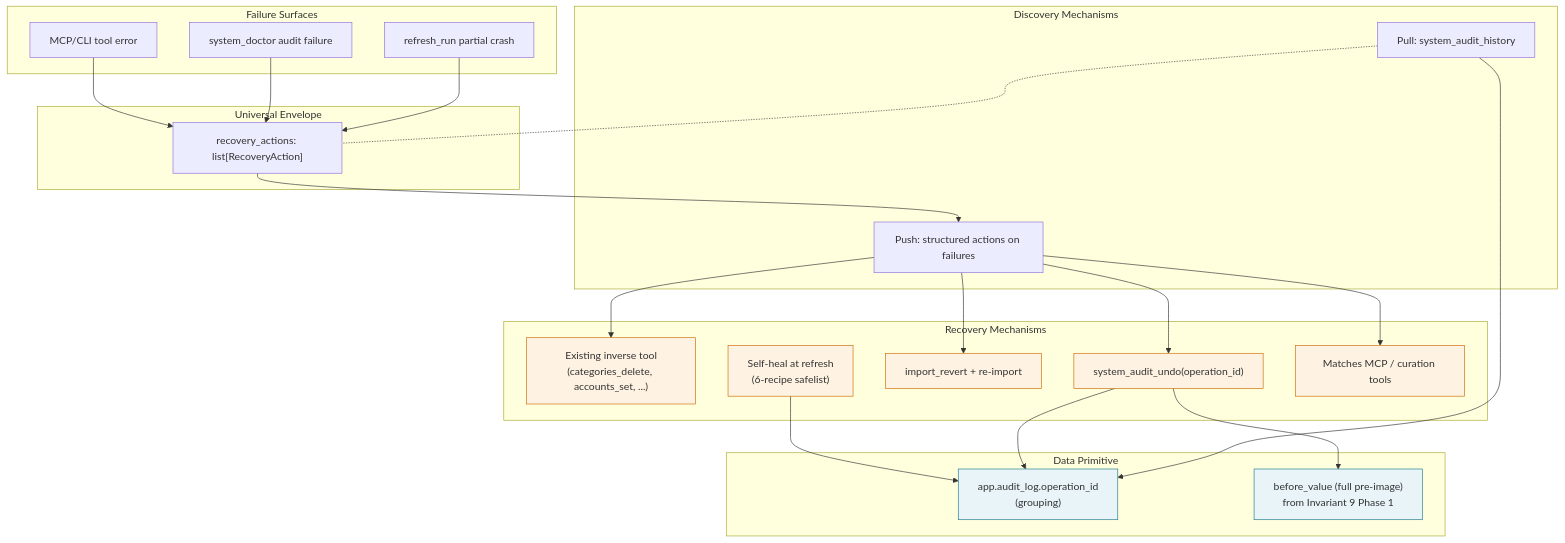
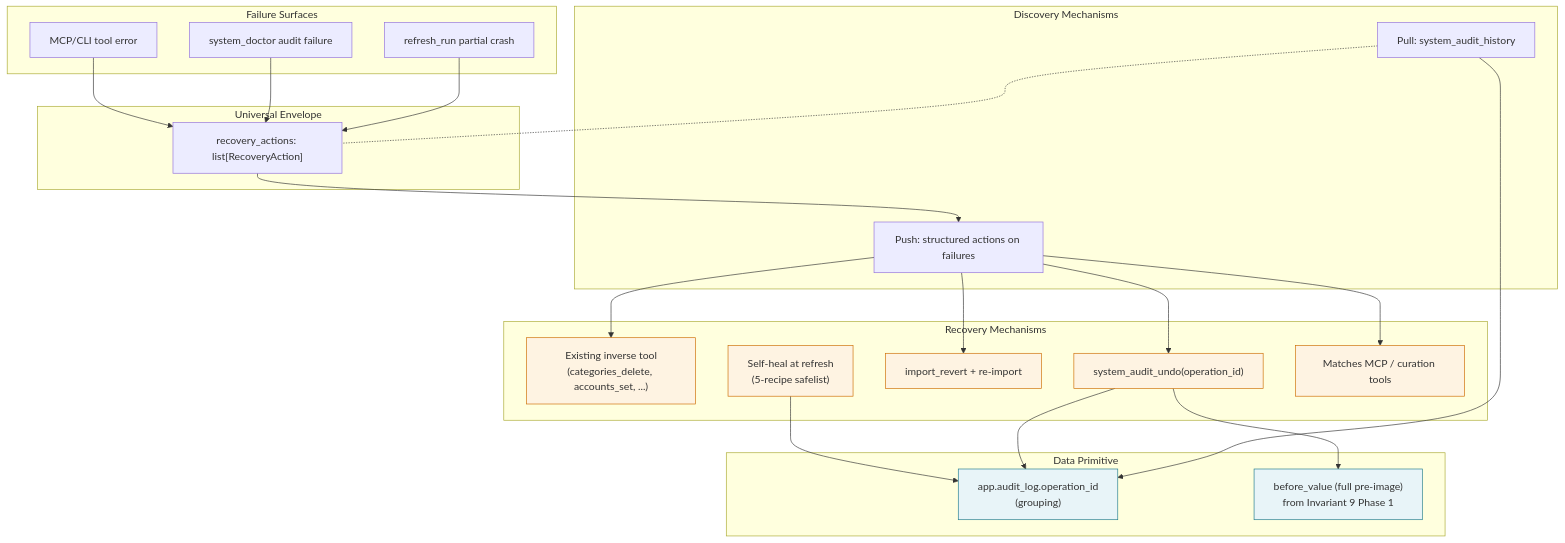
Before and after one commit to bsaffel/moneybin: the diagram in docs/specs/data-recovery-contract.md, drawn with Mermaid. The commit also changed other lines of this file and 1 other file, not shown here.

First line of the commit message:
Defer account_displayname_reresolve from safelist (Claude review #5)

````diff
--- a/docs/specs/data-recovery-contract.md
+++ b/docs/specs/data-recovery-contract.md
@@ -259,52 +264,52 @@
 ```mermaid
 flowchart TB
     subgraph Surfaces[Failure Surfaces]
         Err["MCP/CLI tool error"]
         Aud["system_doctor audit failure"]
         Ref["refresh_run partial crash"]
     end
 
     subgraph Envelope[Universal Envelope]
         RA["recovery_actions: list[RecoveryAction]"]
     end
 
     subgraph Discovery[Discovery Mechanisms]
         Push["Push: structured actions on failures"]
         Pull["Pull: system_audit_history"]
     end
 
     subgraph Mechanisms[Recovery Mechanisms]
         ExTool["Existing inverse tool<br/>(categories_delete, accounts_set, ...)"]
         Undo["system_audit_undo(operation_id)"]
         Revert["import_revert + re-import"]
-        Heal["Self-heal at refresh<br/>(6-recipe safelist)"]
+        Heal["Self-heal at refresh<br/>(5-recipe safelist)"]
         DomTool["Matches MCP / curation tools"]
     end
 
     subgraph DataPrim[Data Primitive]
         OpId["app.audit_log.operation_id<br/>(grouping)"]
         Pre["before_value (full pre-image)<br/>from Invariant 9 Phase 1"]
     end
 
     Err --> RA
     Aud --> RA
     Ref --> RA
 
     RA --> Push
     Pull -.- RA
 
     Push --> ExTool
     Push --> Undo
     Push --> Revert
     Push --> DomTool
     Heal --> OpId
 
     Undo --> OpId
     Undo --> Pre
     Pull --> OpId
 
     classDef prim fill:#e8f4f8,stroke:#1f7a8c;
     classDef rec fill:#fef3e2,stroke:#cd6c00;
     class OpId,Pre prim;
     class ExTool,Undo,Revert,Heal,DomTool rec;
 ```
````
